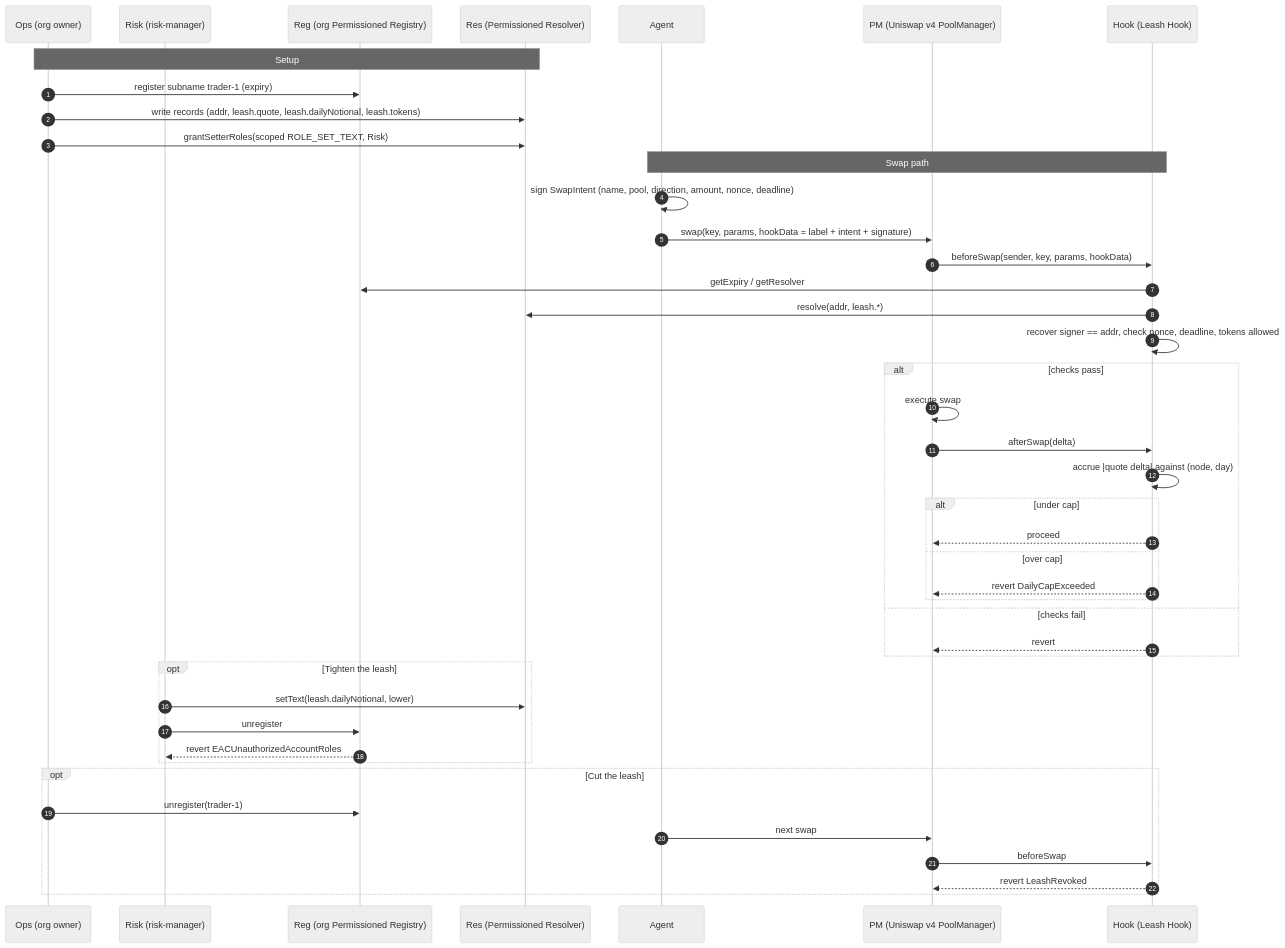
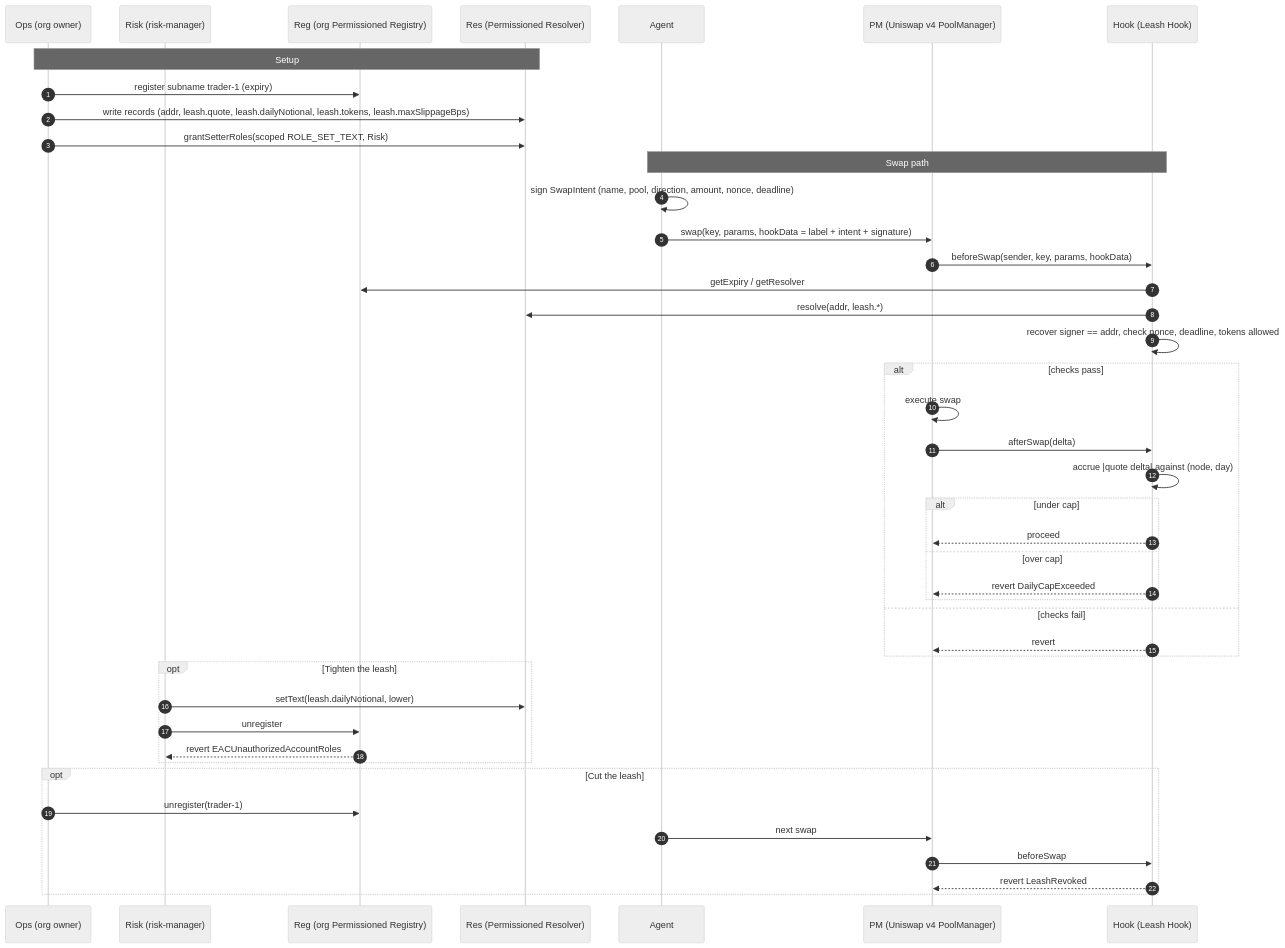
The diagram in README.md (akugone/leash-tokyo), drawn with Mermaid (neutral theme) before and after one commit. The commit also changed other lines of this file and 21 other files, not shown here.

First line of the commit message:
feat: onchain slippage bound through leash.maxSlippageBps

````diff
--- a/README.md
+++ b/README.md
@@ -33,49 +33,49 @@
 ```mermaid
 sequenceDiagram
     autonumber
     participant Ops as Ops (org owner)
     participant Risk as Risk (risk-manager)
     participant Reg as Reg (org Permissioned Registry)
     participant Res as Res (Permissioned Resolver)
     participant Agent as Agent
     participant PM as PM (Uniswap v4 PoolManager)
     participant Hook as Hook (Leash Hook)
 
     Note over Ops,Res: Setup
     Ops->>Reg: register subname trader-1 (expiry)
-    Ops->>Res: write records (addr, leash.quote, leash.dailyNotional, leash.tokens)
+    Ops->>Res: write records (addr, leash.quote, leash.dailyNotional, leash.tokens, leash.maxSlippageBps)
     Ops->>Res: grantSetterRoles(scoped ROLE_SET_TEXT, Risk)
 
     Note over Agent,Hook: Swap path
     Agent->>Agent: sign SwapIntent (name, pool, direction, amount, nonce, deadline)
     Agent->>PM: swap(key, params, hookData = label + intent + signature)
     PM->>Hook: beforeSwap(sender, key, params, hookData)
     Hook->>Reg: getExpiry / getResolver
     Hook->>Res: resolve(addr, leash.*)
     Hook->>Hook: recover signer == addr, check nonce, deadline, tokens allowed
     alt checks pass
         PM->>PM: execute swap
         PM->>Hook: afterSwap(delta)
         Hook->>Hook: accrue |quote delta| against (node, day)
         alt under cap
             Hook-->>PM: proceed
         else over cap
             Hook-->>PM: revert DailyCapExceeded
         end
     else checks fail
         Hook-->>PM: revert
     end
 
     opt Tighten the leash
         Risk->>Res: setText(leash.dailyNotional, lower)
         Risk->>Reg: unregister
         Reg-->>Risk: revert EACUnauthorizedAccountRoles
     end
 
     opt Cut the leash
         Ops->>Reg: unregister(trader-1)
         Agent->>PM: next swap
         PM->>Hook: beforeSwap
         Hook-->>PM: revert LeashRevoked
     end
 ```
````
